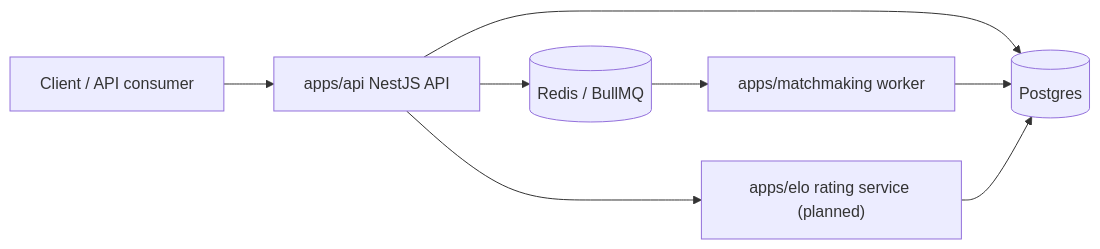
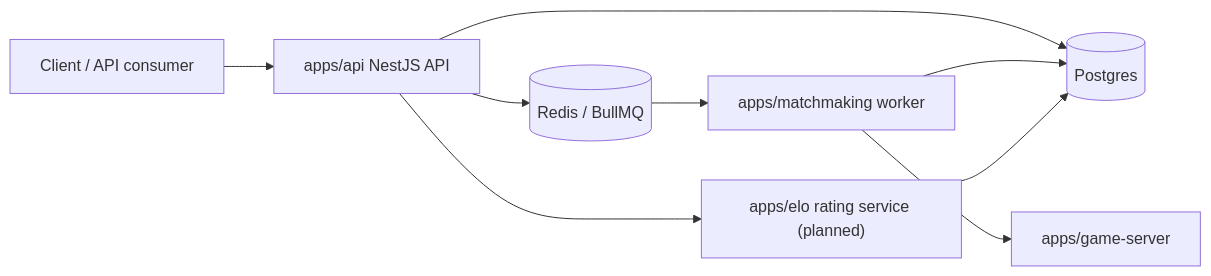
Before and after one commit to keezeden/qtime: the first of 2 diagrams in docs/architecture.md, drawn with Mermaid. The commit also changed other lines of this file and 11 other files, not shown here.

Commit message:
feat(matchmaking): initialize game server rooms

````diff
--- a/docs/architecture.md
+++ b/docs/architecture.md
@@ -7,10 +7,11 @@
 ```mermaid
 flowchart LR
   Client["Client / API consumer"] --> API["apps/api NestJS API"]
   API --> DB[("Postgres")]
   API --> Redis[("Redis / BullMQ")]
   Redis --> MM["apps/matchmaking worker"]
   MM --> DB
+  MM --> GameServer["apps/game-server"]
   API --> Rating["apps/elo rating service (planned)"]
   Rating --> DB
 ```
````
